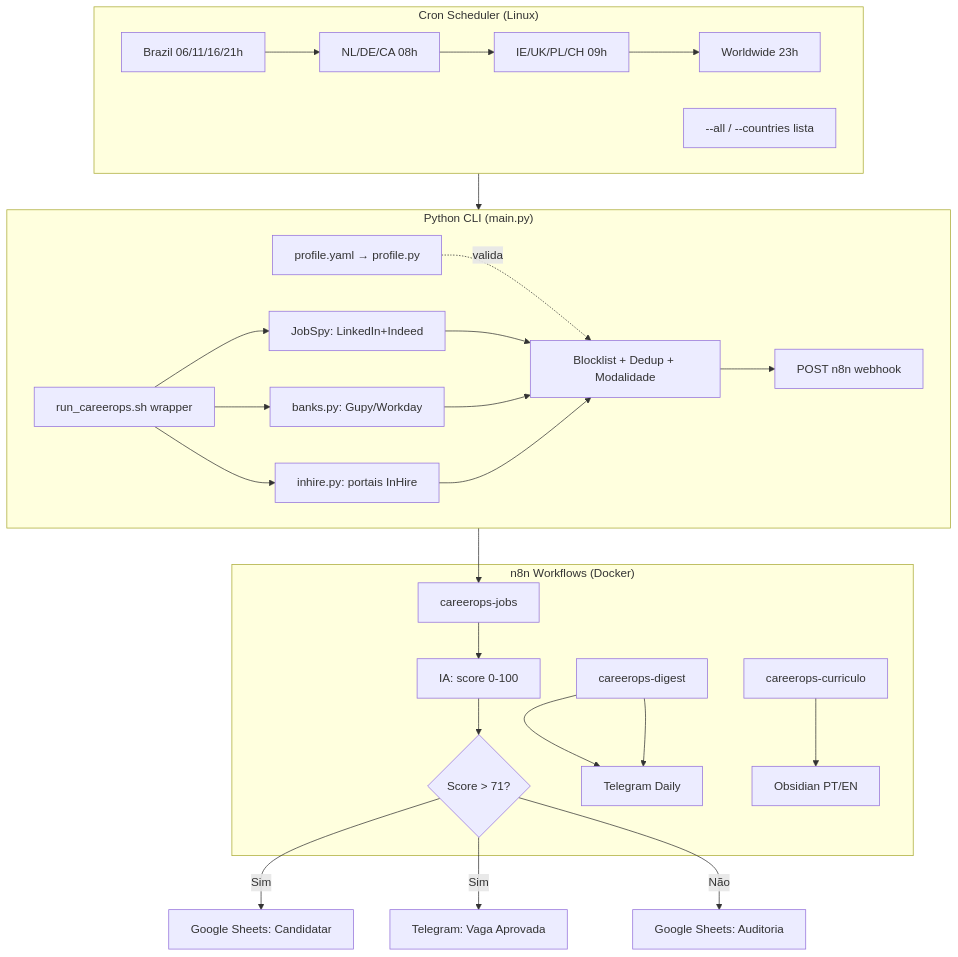
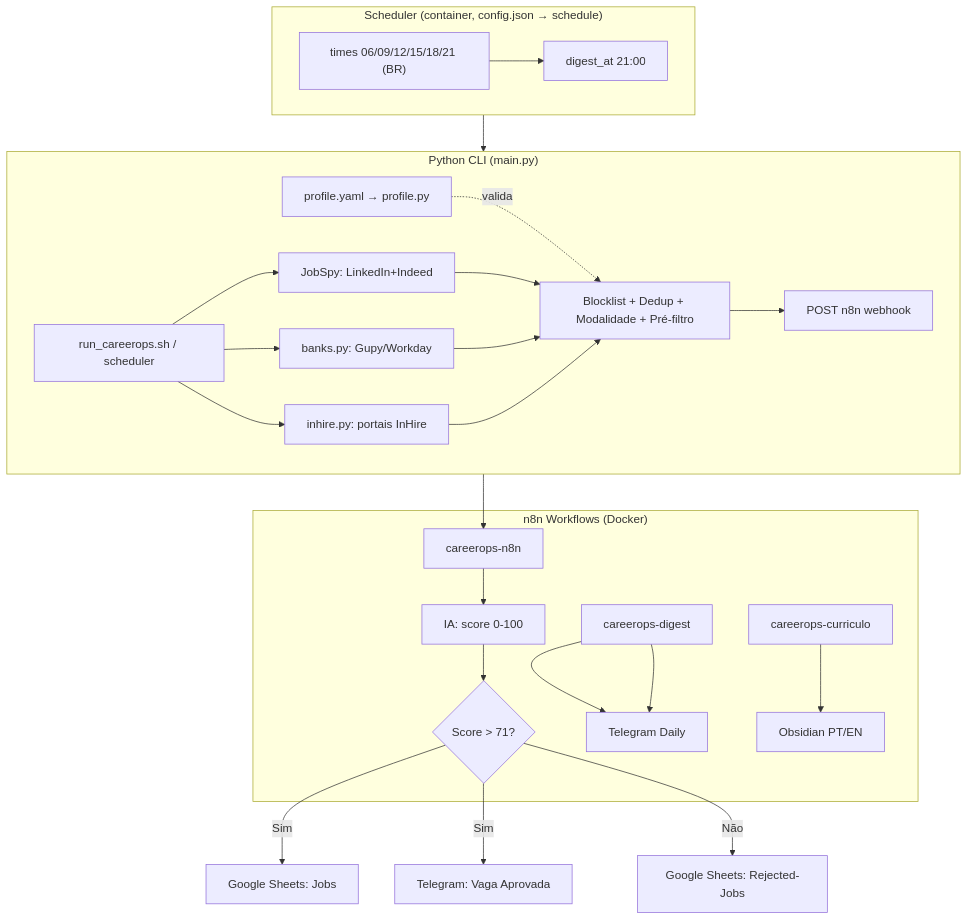
The diagram in README.md (JPCastroBR/CareerOps), drawn with Mermaid before and after one commit. The commit also changed other lines of this file and 2 other files, not shown here.

First line of the commit message:
docs: corrigir README/ROADMAP defasados + enxugar .env.example

````diff
--- a/README.md
+++ b/README.md
@@ -27,34 +27,31 @@
 ```mermaid
 flowchart TD
-    subgraph Sched["Cron Scheduler (Linux)"]
-        C1[Brazil 06/11/16/21h] --> C2[NL/DE/CA 08h]
-        C2 --> C3[IE/UK/PL/CH 09h]
-        C3 --> C4[Worldwide 23h]
-        C5["--all / --countries lista"]
+    subgraph Sched["Scheduler (container, config.json → schedule)"]
+        S1["times 06/09/12/15/18/21 (BR)"] --> S2["digest_at 21:00"]
     end
 
     subgraph CLI["Python CLI (main.py)"]
-        W[run_careerops.sh wrapper] --> P[JobSpy: LinkedIn+Indeed]
+        W[run_careerops.sh / scheduler] --> P[JobSpy: LinkedIn+Indeed]
         W --> BK[banks.py: Gupy/Workday]
         W --> IH[inhire.py: portais InHire]
         PR[profile.yaml → profile.py] -.valida.-> F
-        P --> F[Blocklist + Dedup + Modalidade]
+        P --> F[Blocklist + Dedup + Modalidade + Pré-filtro]
         BK --> F
         IH --> F
         F --> POST[POST n8n webhook]
     end
 
     subgraph N8N["n8n Workflows (Docker)"]
-        J[careerops-jobs] --> IA[IA: score 0-100]
+        J[careerops-n8n] --> IA[IA: score 0-100]
         IA --> R{Score > 71?}
         D[careerops-digest] --> TG2[Telegram Daily]
         CU[careerops-curriculo] --> OB[Obsidian PT/EN]
     end
 
     Sched --> CLI
     CLI --> J
-    R -->|Sim| SH[Google Sheets: Candidatar]
+    R -->|Sim| SH[Google Sheets: Jobs]
     R -->|Sim| TG1[Telegram: Vaga Aprovada]
-    R -->|Não| AU[Google Sheets: Auditoria]
+    R -->|Não| AU[Google Sheets: Rejected-Jobs]
     D --> TG2
 ```
````
